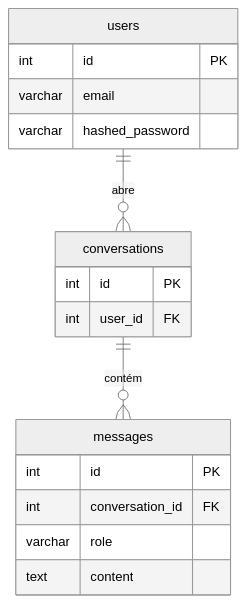
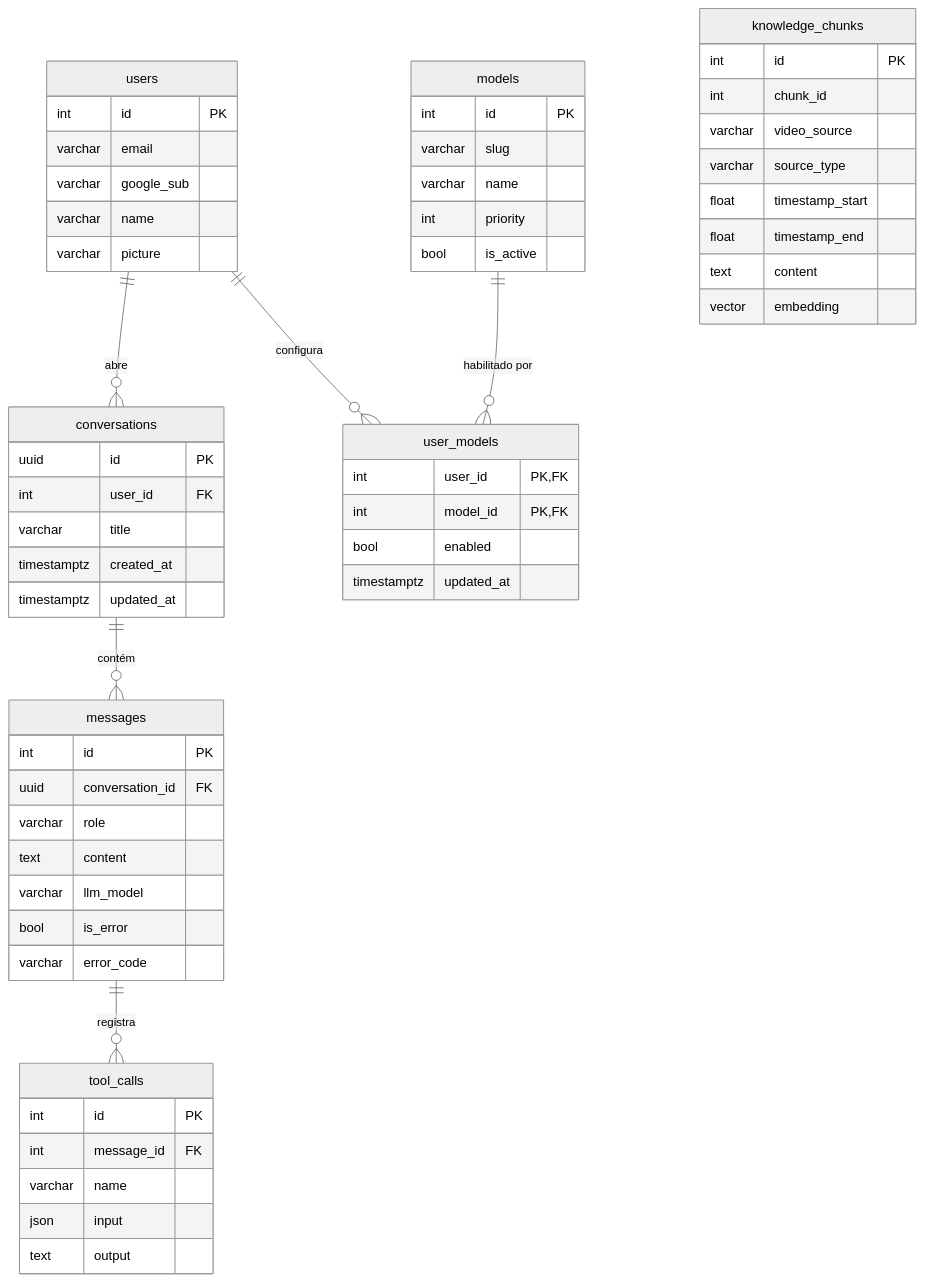
The third of 3 diagrams in README.md (LuisHenriqueDaSilv/ISCTools-backend), drawn with Mermaid (neutral theme) before and after one commit. The commit also changed other lines of this file and 7 other files, not shown here.

````diff
--- a/README.md
+++ b/README.md
@@ -109,23 +140,68 @@
 ```mermaid
 erDiagram
     users {
         int id PK
         varchar email
-        varchar hashed_password
+        varchar google_sub
+        varchar name
+        varchar picture
     }
 
     conversations {
-        int id PK
+        uuid id PK
         int user_id FK
+        varchar title
+        timestamptz created_at
+        timestamptz updated_at
     }
 
     messages {
         int id PK
-        int conversation_id FK
+        uuid conversation_id FK
         varchar role
         text content
+        varchar llm_model
+        bool is_error
+        varchar error_code
+    }
+
+    tool_calls {
+        int id PK
+        int message_id FK
+        varchar name
+        json input
+        text output
+    }
+
+    models {
+        int id PK
+        varchar slug
+        varchar name
+        int priority
+        bool is_active
+    }
+
+    user_models {
+        int user_id PK,FK
+        int model_id PK,FK
+        bool enabled
+        timestamptz updated_at
+    }
+
+    knowledge_chunks {
+        int id PK
+        int chunk_id
+        varchar video_source
+        varchar source_type
+        float timestamp_start
+        float timestamp_end
+        text content
+        vector embedding
     }
 
     users ||--o{ conversations : "abre"
     conversations ||--o{ messages : "contém"
+    messages ||--o{ tool_calls : "registra"
+    users ||--o{ user_models : "configura"
+    models ||--o{ user_models : "habilitado por"
 ```
````
